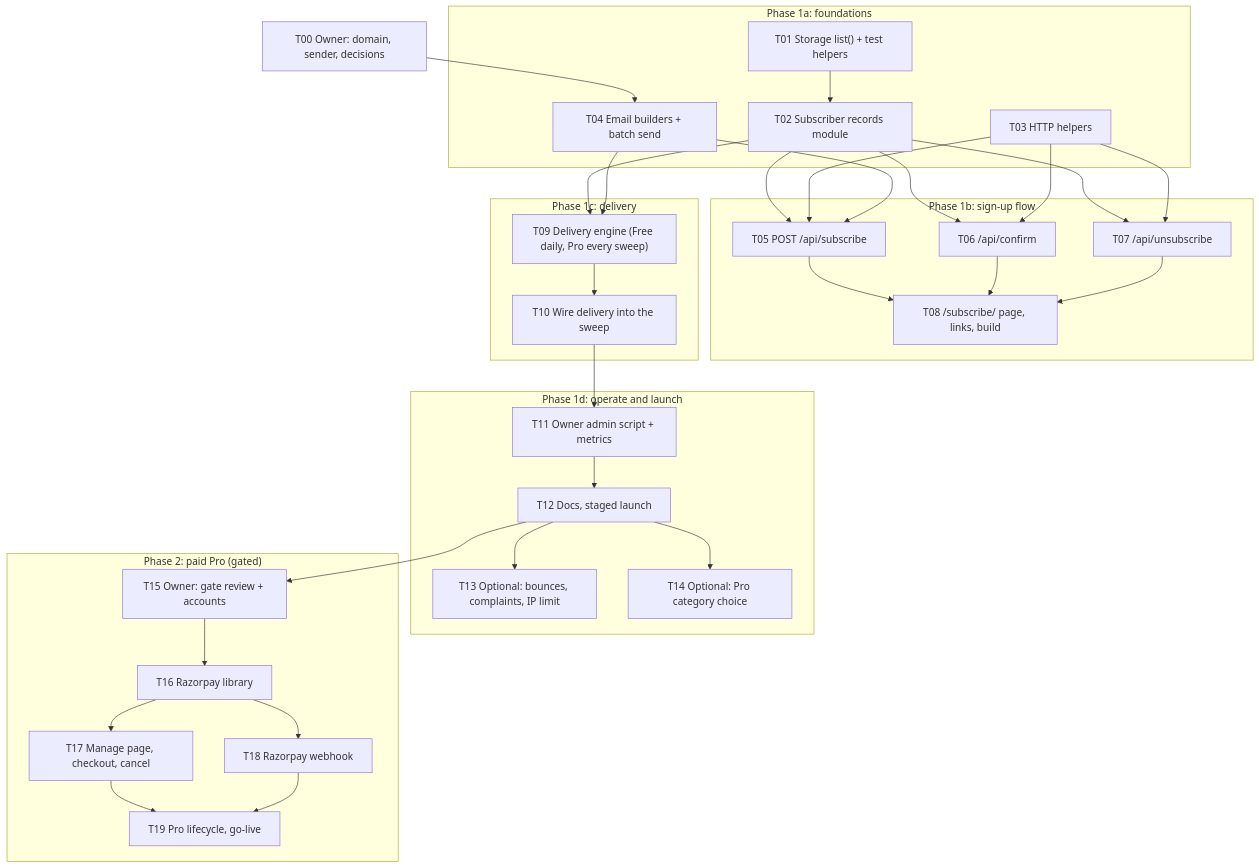
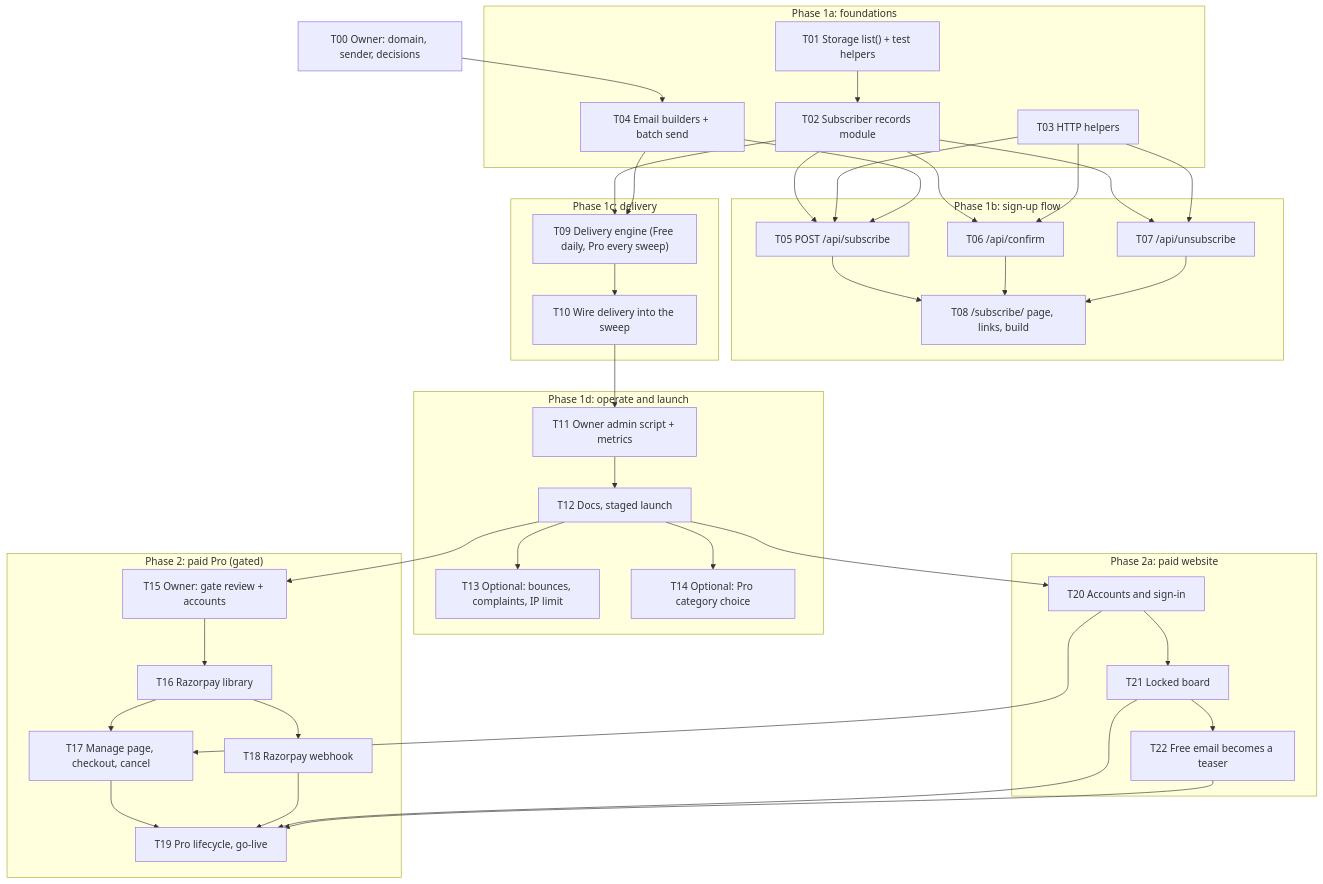
Before and after one commit to bhawnamanglapm/travel-problem-radar-case-study: the diagram in docs/subscriptions/tasks/README.md, drawn with Mermaid. The commit also changed other lines of this file and 8 other files, not shown here.

First line of the commit message:
Docs: tasks T20 to T22 for the paid website

````diff
--- a/docs/subscriptions/tasks/README.md
+++ b/docs/subscriptions/tasks/README.md
@@ -25,44 +29,52 @@
 ```mermaid
 flowchart TD
   T00["T00 Owner: domain, sender, decisions"]
   subgraph P1A["Phase 1a: foundations"]
     T01["T01 Storage list() + test helpers"]
     T02["T02 Subscriber records module"]
     T03["T03 HTTP helpers"]
     T04["T04 Email builders + batch send"]
   end
   subgraph P1B["Phase 1b: sign-up flow"]
     T05["T05 POST /api/subscribe"]
     T06["T06 /api/confirm"]
     T07["T07 /api/unsubscribe"]
     T08["T08 /subscribe/ page, links, build"]
   end
   subgraph P1C["Phase 1c: delivery"]
     T09["T09 Delivery engine (Free daily, Pro every sweep)"]
     T10["T10 Wire delivery into the sweep"]
   end
   subgraph P1D["Phase 1d: operate and launch"]
     T11["T11 Owner admin script + metrics"]
     T12["T12 Docs, staged launch"]
     T13["T13 Optional: bounces, complaints, IP limit"]
     T14["T14 Optional: Pro category choice"]
   end
+  subgraph P2A["Phase 2a: paid website"]
+    T20["T20 Accounts and sign-in"]
+    T21["T21 Locked board"]
+    T22["T22 Free email becomes a teaser"]
+  end
   subgraph P2["Phase 2: paid Pro (gated)"]
     T15["T15 Owner: gate review + accounts"]
     T16["T16 Razorpay library"]
     T17["T17 Manage page, checkout, cancel"]
     T18["T18 Razorpay webhook"]
     T19["T19 Pro lifecycle, go-live"]
   end
   T00 --> T04
   T01 --> T02
   T02 --> T05 & T06 & T07 & T09
   T03 --> T05 & T06 & T07
   T04 --> T05 & T09
   T05 & T06 & T07 --> T08
   T09 --> T10
   T10 --> T11 --> T12
   T12 --> T13 & T14
   T12 --> T15 --> T16 --> T17 & T18
   T17 & T18 --> T19
+  T12 --> T20 --> T21 --> T22
+  T20 --> T17
+  T21 & T22 --> T19
 ```
````
